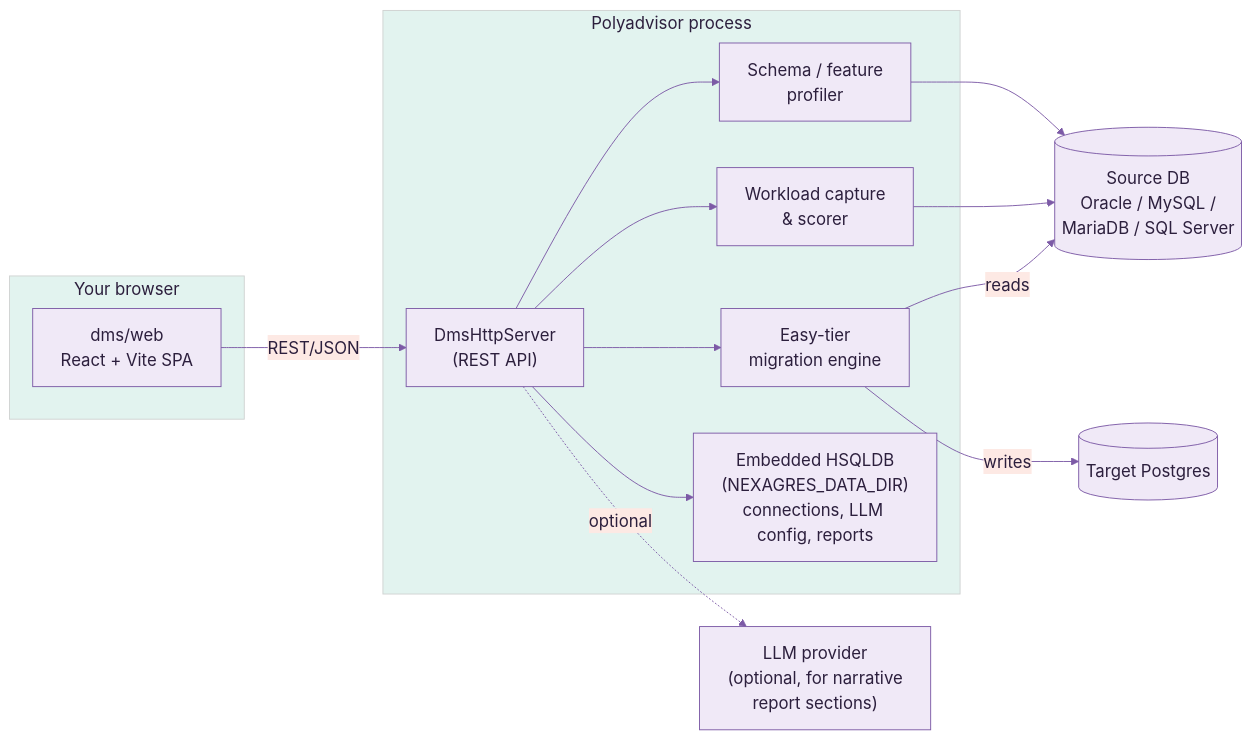
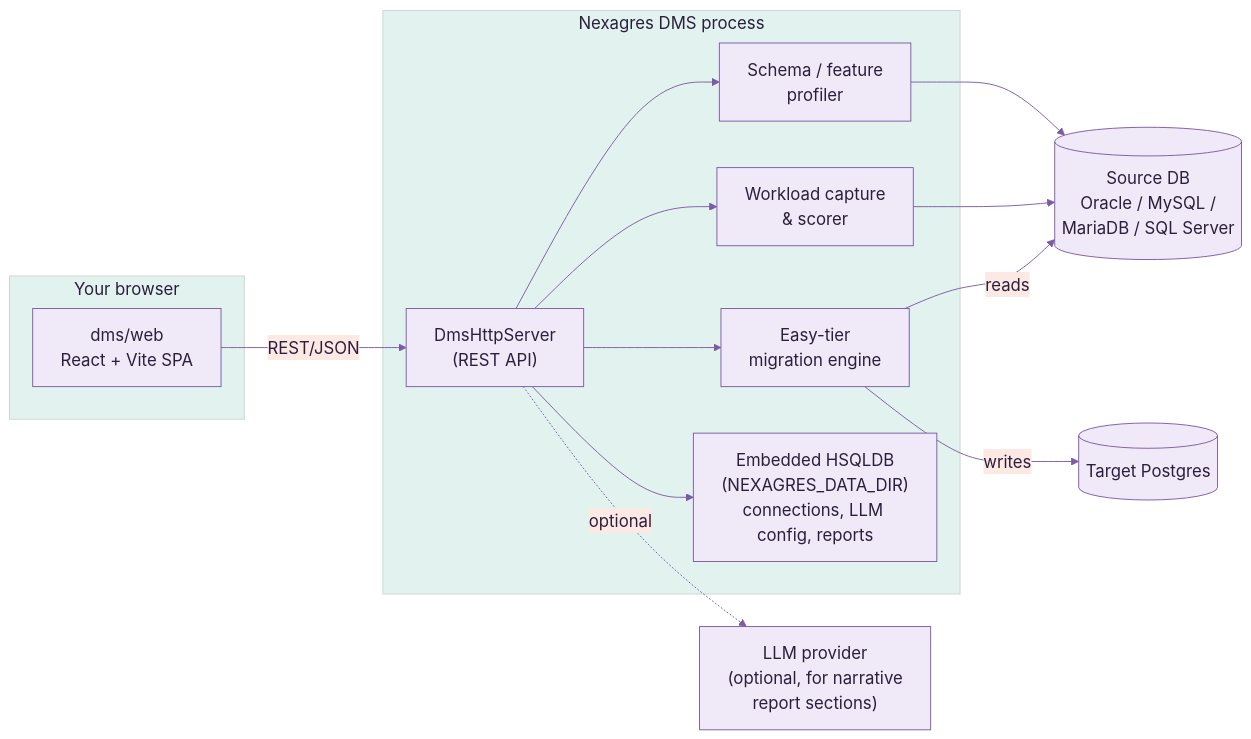
Before and after one commit to polygres26/Docker: the first of 8 diagrams in docs/USE_CASE_GUIDE.md, drawn with Mermaid. The commit also changed other lines of this file and 22 other files, not shown here.

````diff
--- a/docs/USE_CASE_GUIDE.md
+++ b/docs/USE_CASE_GUIDE.md
@@ -32,26 +32,26 @@
 ```mermaid
 %%{init: {'theme':'base', 'themeVariables': {'primaryColor':'#f0e9f7','primaryTextColor':'#2c1f3d','primaryBorderColor':'#7c5aa6','lineColor':'#7c5aa6','secondaryColor':'#fde9e4','secondaryTextColor':'#2c1f3d','tertiaryColor':'#e2f3ef','tertiaryTextColor':'#2c1f3d','noteBkgColor':'#fde9e4','noteTextColor':'#2c1f3d','noteBorderColor':'#d97a5f','fontSize':'18px','fontFamily':'-apple-system, Helvetica, Arial, sans-serif'}}}%%
 flowchart LR
     subgraph Client["Your browser"]
         UI["dms/web\nReact + Vite SPA"]
     end
-    subgraph Advisor["Polyadvisor process"]
+    subgraph Advisor["Nexagres DMS process"]
         HTTP["DmsHttpServer\n(REST API)"]
         Profiler["Schema / feature\nprofiler"]
         Workload["Workload capture\n& scorer"]
         Migrator["Easy-tier\nmigration engine"]
         Store["Embedded HSQLDB\n(NEXAGRES_DATA_DIR)\nconnections, LLM config, reports"]
     end
     Source[("Source DB\nOracle / MySQL /\nMariaDB / SQL Server")]
     PG[("Target Postgres")]
     LLM["LLM provider\n(optional, for narrative\nreport sections)"]
 
     UI -->|REST/JSON| HTTP
     HTTP --> Profiler --> Source
     HTTP --> Workload --> Source
     HTTP --> Migrator
     Migrator -->|reads| Source
     Migrator -->|writes| PG
     HTTP --> Store
     HTTP -.optional.-> LLM
 ```
````
